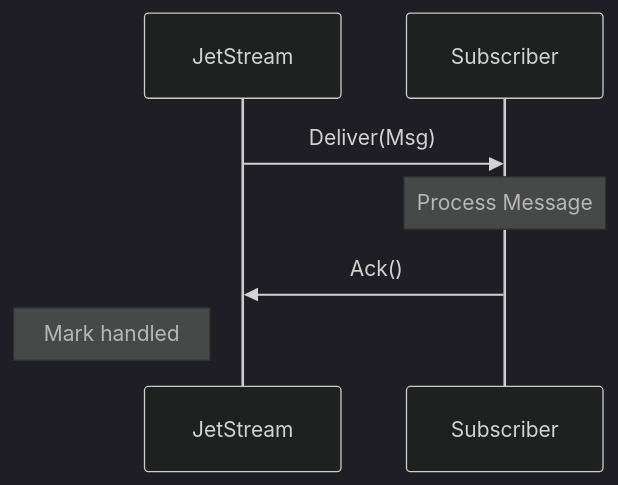
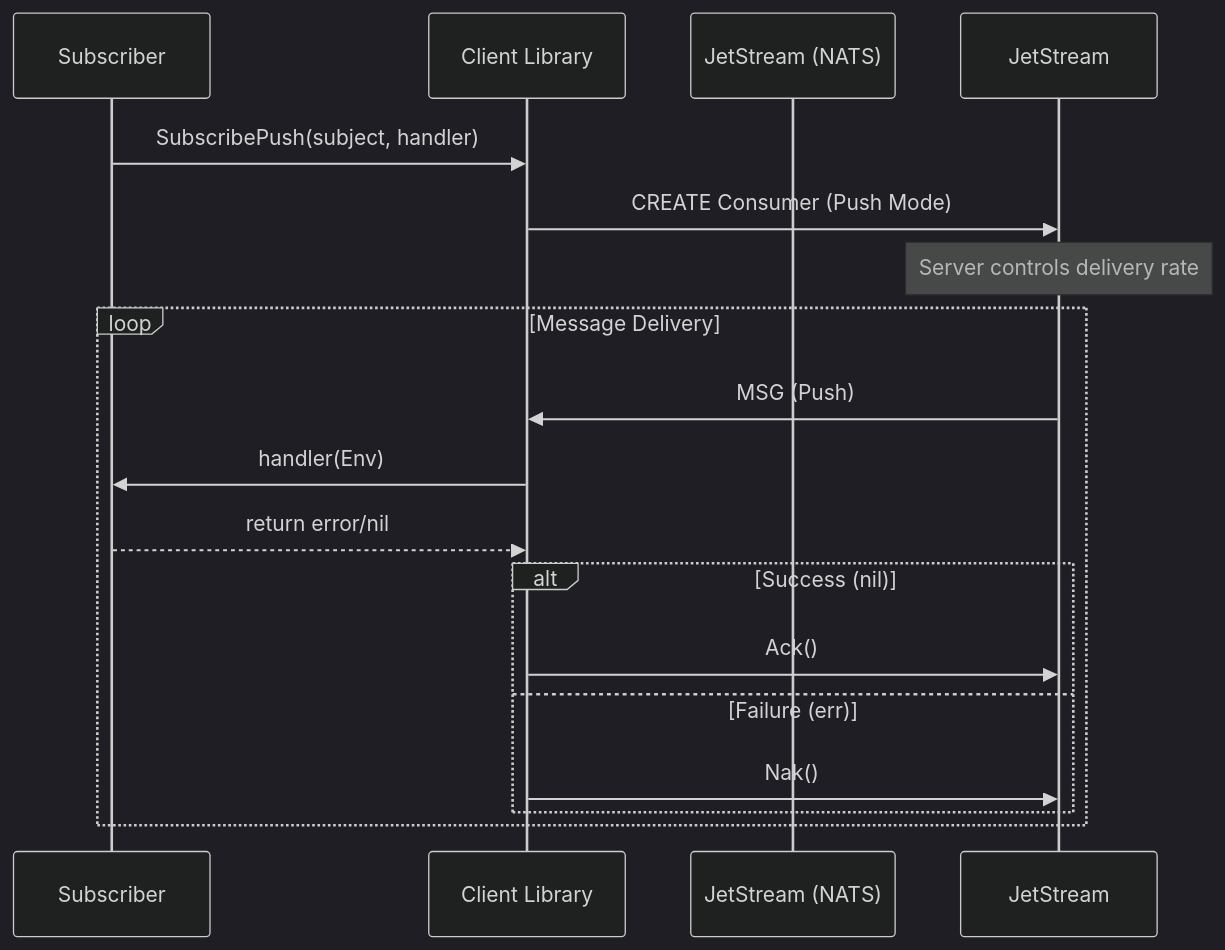
Before and after one commit to ganeshgedela/gRouter: the ninth of 20 diagrams in pkg/messaging/nats/nats_learning.md, drawn with Mermaid (dark theme). The commit also changed other lines of this file and 43 other files, not shown here.

````diff
--- a/pkg/messaging/nats/nats_learning.md
+++ b/pkg/messaging/nats/nats_learning.md
@@ -490,10 +491,22 @@
 ```mermaid
 sequenceDiagram
-    participant JetStream
     participant Subscriber
+    participant Client Library
+    participant JetStream (NATS)
 
-    JetStream->>Subscriber: Deliver(Msg)
-    Note over Subscriber: Process Message
-    Subscriber->>JetStream: Ack()
-    Note left of JetStream: Mark handled
+    Subscriber->>Client Library: SubscribePush(subject, handler)
+    Client Library->>JetStream: CREATE Consumer (Push Mode)
+    Note over JetStream: Server controls delivery rate
+    
+    loop Message Delivery
+        JetStream->>Client Library: MSG (Push)
+        Client Library->>Subscriber: handler(Env)
+        Subscriber-->>Client Library: return error/nil
+        
+        alt Success (nil)
+            Client Library->>JetStream: Ack()
+        else Failure (err)
+            Client Library->>JetStream: Nak()
+        end
+    end
 ```
````
